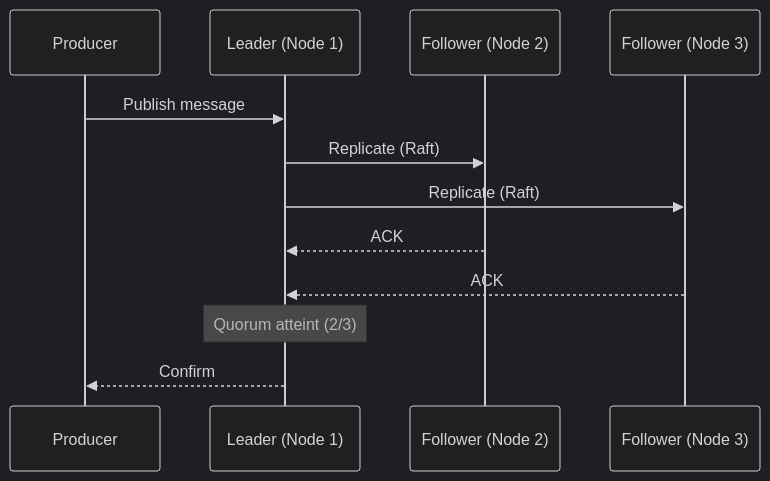
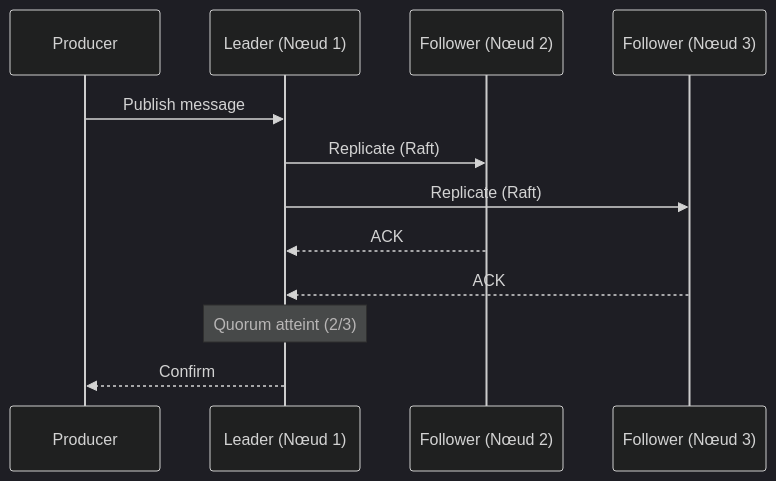
Before and after one commit to HidoraSwiss/hikube-public-doc: the third of 3 diagrams in docs/services/messaging/rabbitmq/concepts.md, drawn with Mermaid (dark theme). The commit also changed other lines of this file and 25 other files, not shown here.

````diff
--- a/docs/services/messaging/rabbitmq/concepts.md
+++ b/docs/services/messaging/rabbitmq/concepts.md
@@ -117,15 +127,15 @@
 ```mermaid
 sequenceDiagram
     participant P as Producer
-    participant L as Leader (Node 1)
-    participant F1 as Follower (Node 2)
-    participant F2 as Follower (Node 3)
+    participant L as Leader (Nœud 1)
+    participant F1 as Follower (Nœud 2)
+    participant F2 as Follower (Nœud 3)
 
     P->>L: Publish message
     L->>F1: Replicate (Raft)
     L->>F2: Replicate (Raft)
     F1-->>L: ACK
     F2-->>L: ACK
     Note over L: Quorum atteint (2/3)
     L-->>P: Confirm
 ```
````
